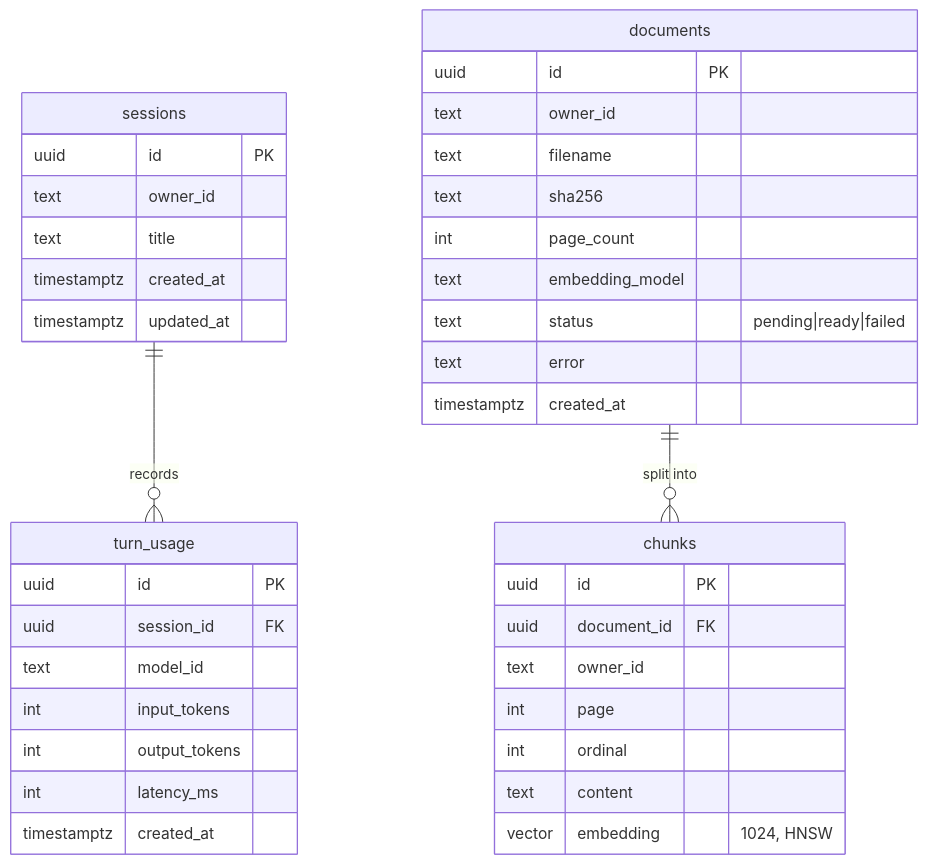
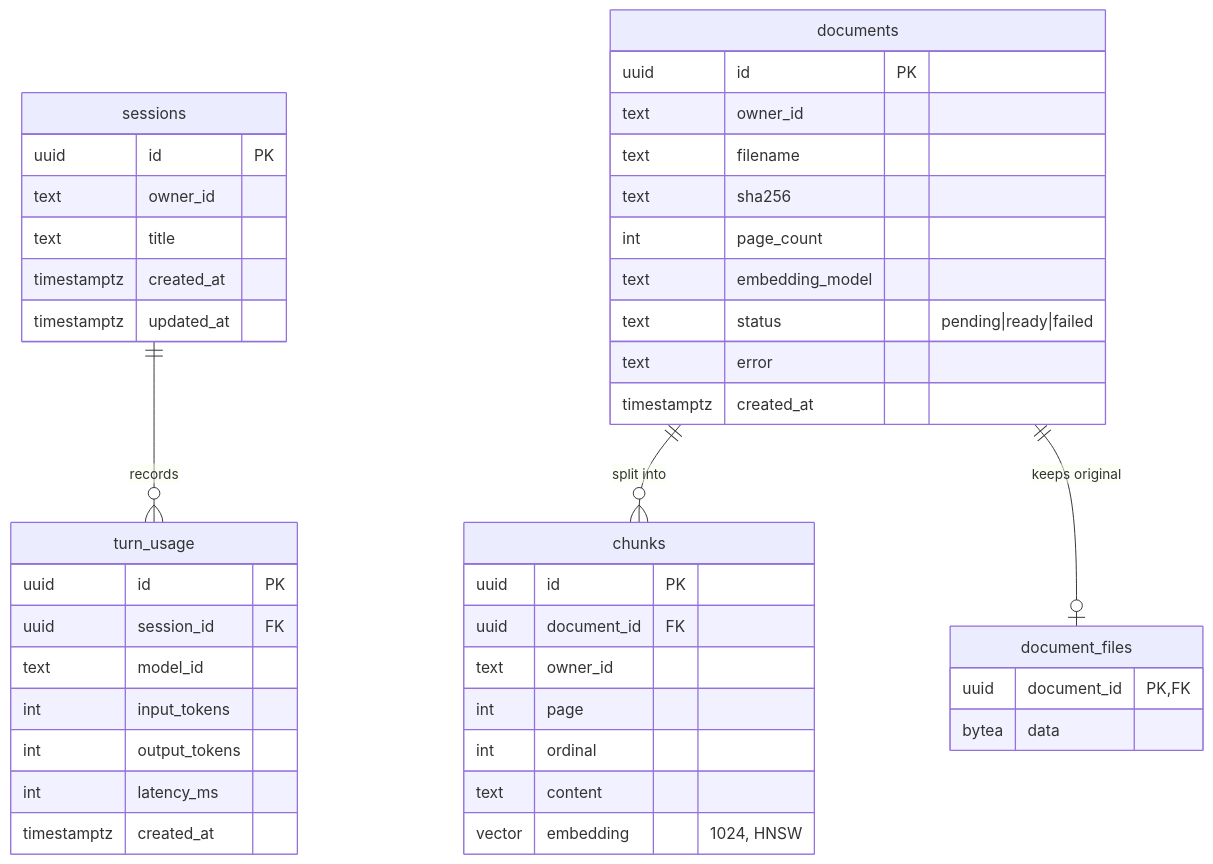
One commit to reddybharat/sidekick changed the sixth of 6 diagrams in docs/ARCHITECTURE.md. Above: the diagram before and after it, drawn with Mermaid. The commit also changed other lines of this file and 19 other files, not shown here.

````diff
--- a/docs/ARCHITECTURE.md
+++ b/docs/ARCHITECTURE.md
@@ -156,42 +158,47 @@
 ```mermaid
 erDiagram
     sessions ||--o{ turn_usage : records
     documents ||--o{ chunks : "split into"
+    documents ||--o| document_files : "keeps original"
 
     sessions {
         uuid id PK
         text owner_id
         text title
         timestamptz created_at
         timestamptz updated_at
     }
     documents {
         uuid id PK
         text owner_id
         text filename
         text sha256
         int page_count
         text embedding_model
         text status "pending|ready|failed"
         text error
         timestamptz created_at
     }
     chunks {
         uuid id PK
         uuid document_id FK
         text owner_id
         int page
         int ordinal
         text content
         vector embedding "1024, HNSW"
     }
+    document_files {
+        uuid document_id PK, FK
+        bytea data
+    }
     turn_usage {
         uuid id PK
         uuid session_id FK
         text model_id
         int input_tokens
         int output_tokens
         int latency_ms
         timestamptz created_at
     }
 ```
````
